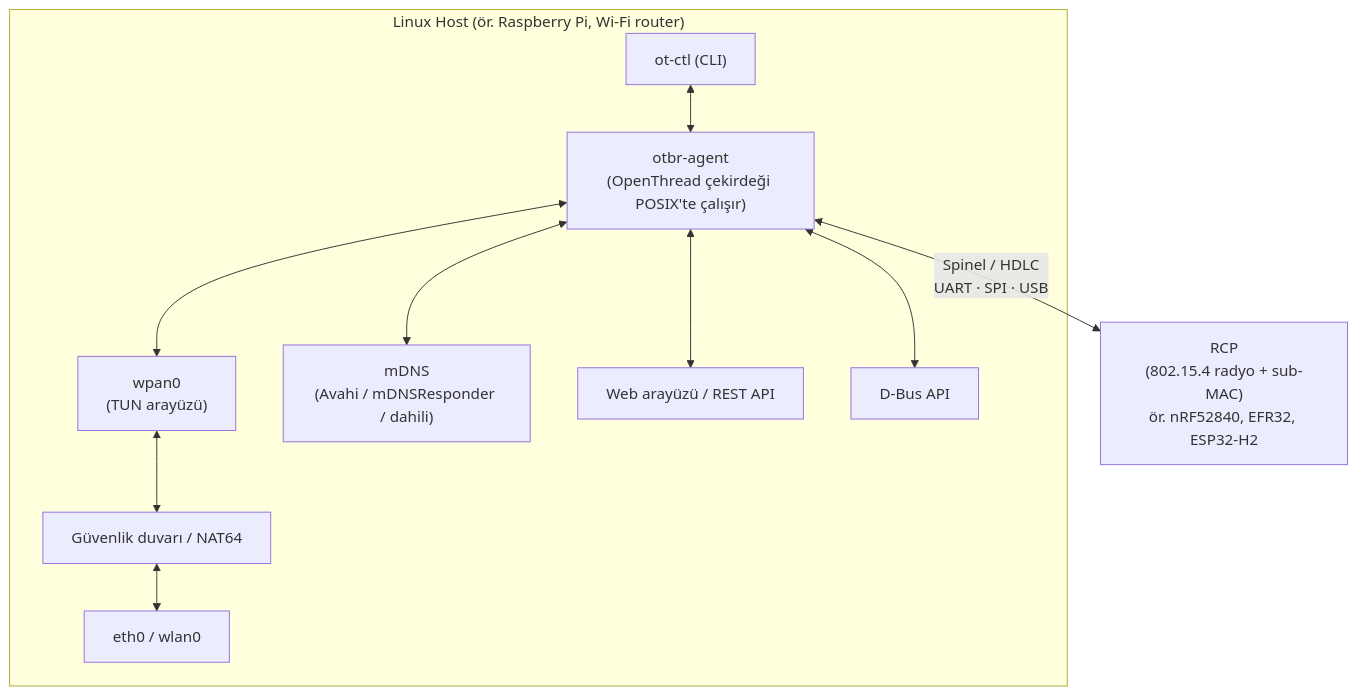
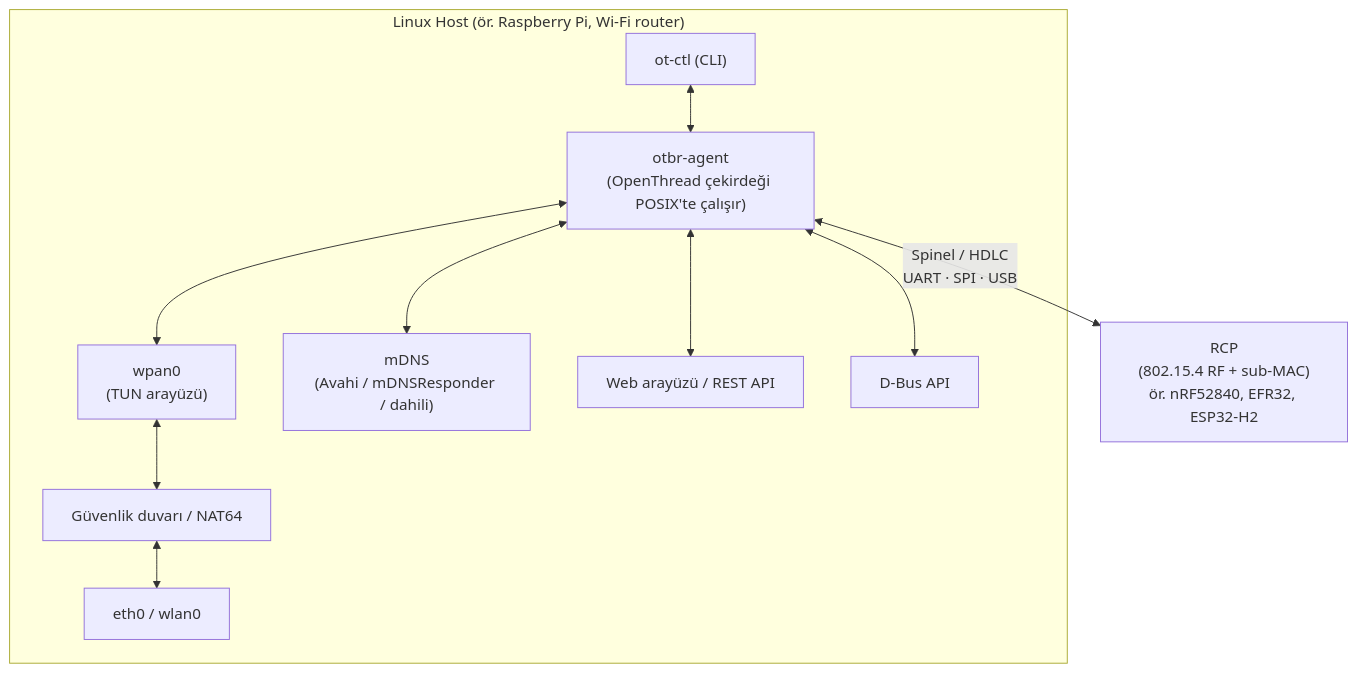
One commit to Berkancelik/thread-architecture changed the third of 3 diagrams in bolumler/19-border-router.md. Above: the diagram before and after it, drawn with Mermaid. The commit also changed other lines of this file and 31 other files, not shown here.

````diff
--- a/bolumler/19-border-router.md
+++ b/bolumler/19-border-router.md
@@ -166,21 +166,21 @@
 ```mermaid
 flowchart TB
     subgraph HOST["Linux Host (ör. Raspberry Pi, Wi-Fi router)"]
         AG["otbr-agent<br/>(OpenThread çekirdeği POSIX'te çalışır)"]
         WPAN["wpan0<br/>(TUN arayüzü)"]
         MDNS["mDNS<br/>(Avahi / mDNSResponder / dahili)"]
         WEB["Web arayüzü / REST API"]
         DBUS["D-Bus API"]
         CTL["ot-ctl (CLI)"]
         FW["Güvenlik duvarı / NAT64"]
         ETH["eth0 / wlan0"]
     end
-    RCP["RCP<br/>(802.15.4 radyo + sub-MAC)<br/>ör. nRF52840, EFR32, ESP32-H2"]
+    RCP["RCP<br/>(802.15.4 RF + sub-MAC)<br/>ör. nRF52840, EFR32, ESP32-H2"]
     AG <-->|"Spinel / HDLC<br/>UART · SPI · USB"| RCP
     AG <--> WPAN
     AG <--> MDNS
     AG <--> WEB
     AG <--> DBUS
     CTL <--> AG
     WPAN <--> FW <--> ETH
 ```
````
